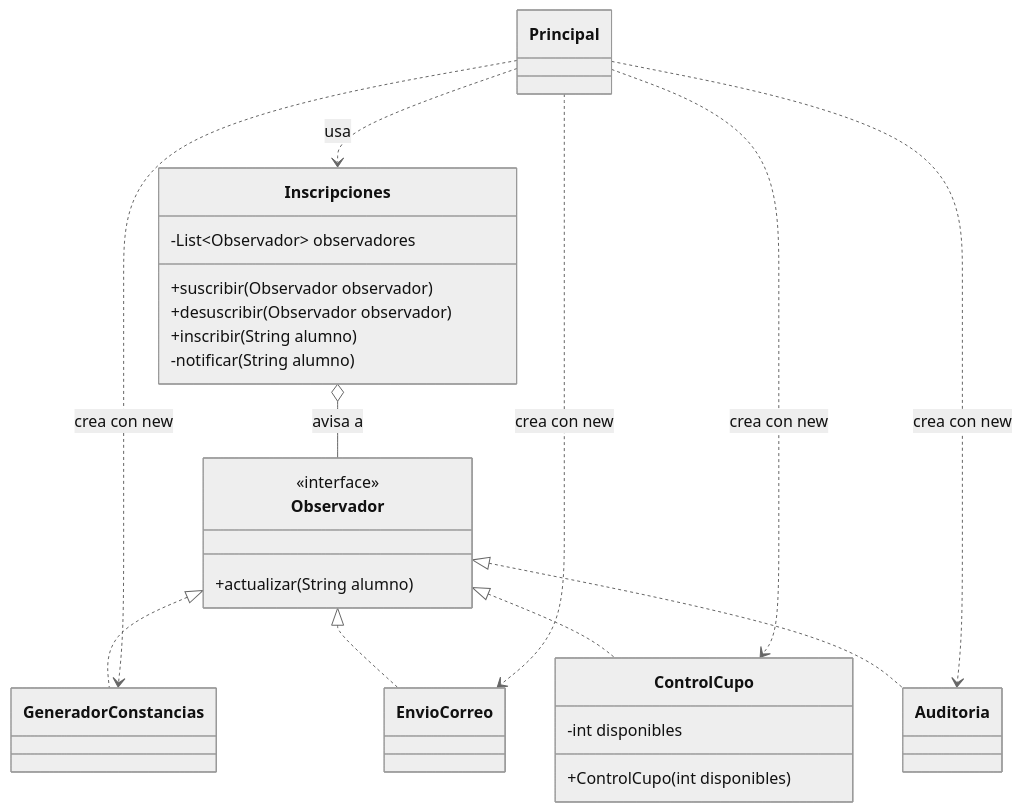
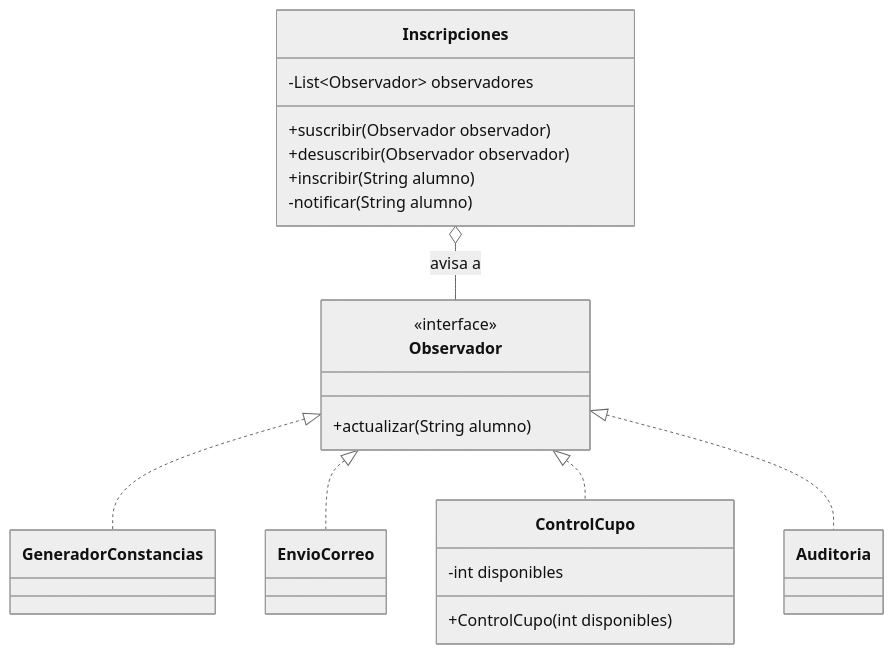
One commit to carevalomx69/DesignPatterns changed the second of 2 diagrams in 07 - Observer/README.md. Above: the diagram before and after it, drawn with Mermaid (neutral theme). The commit also changed other lines of this file, not shown here.

Commit message:
Observer: simplificar los diagramas Mermaid
Quita a Principal y las flechas de creacion para que el diagrama muestre solo
las piezas del patron.

Claude-Session: https://claude.ai/code/session_01Mx2HSWZUBDUhs4945QdHSX

````diff
--- a/07 - Observer/README.md
+++ b/07 - Observer/README.md
@@ -135,32 +133,26 @@
 ```mermaid
 classDiagram
     class Observador {
         <<interface>>
         +actualizar(String alumno)
     }
     class Inscripciones {
         -List~Observador~ observadores
         +suscribir(Observador observador)
         +desuscribir(Observador observador)
         +inscribir(String alumno)
         -notificar(String alumno)
     }
     class GeneradorConstancias
     class EnvioCorreo
     class ControlCupo {
         -int disponibles
         +ControlCupo(int disponibles)
     }
     class Auditoria
-    class Principal
     Observador <|.. GeneradorConstancias
     Observador <|.. EnvioCorreo
     Observador <|.. ControlCupo
     Observador <|.. Auditoria
     Inscripciones o-- Observador : avisa a
-    Principal ..> Inscripciones : usa
-    Principal ..> GeneradorConstancias : crea con new
-    Principal ..> EnvioCorreo : crea con new
-    Principal ..> ControlCupo : crea con new
-    Principal ..> Auditoria : crea con new
 ```
````
